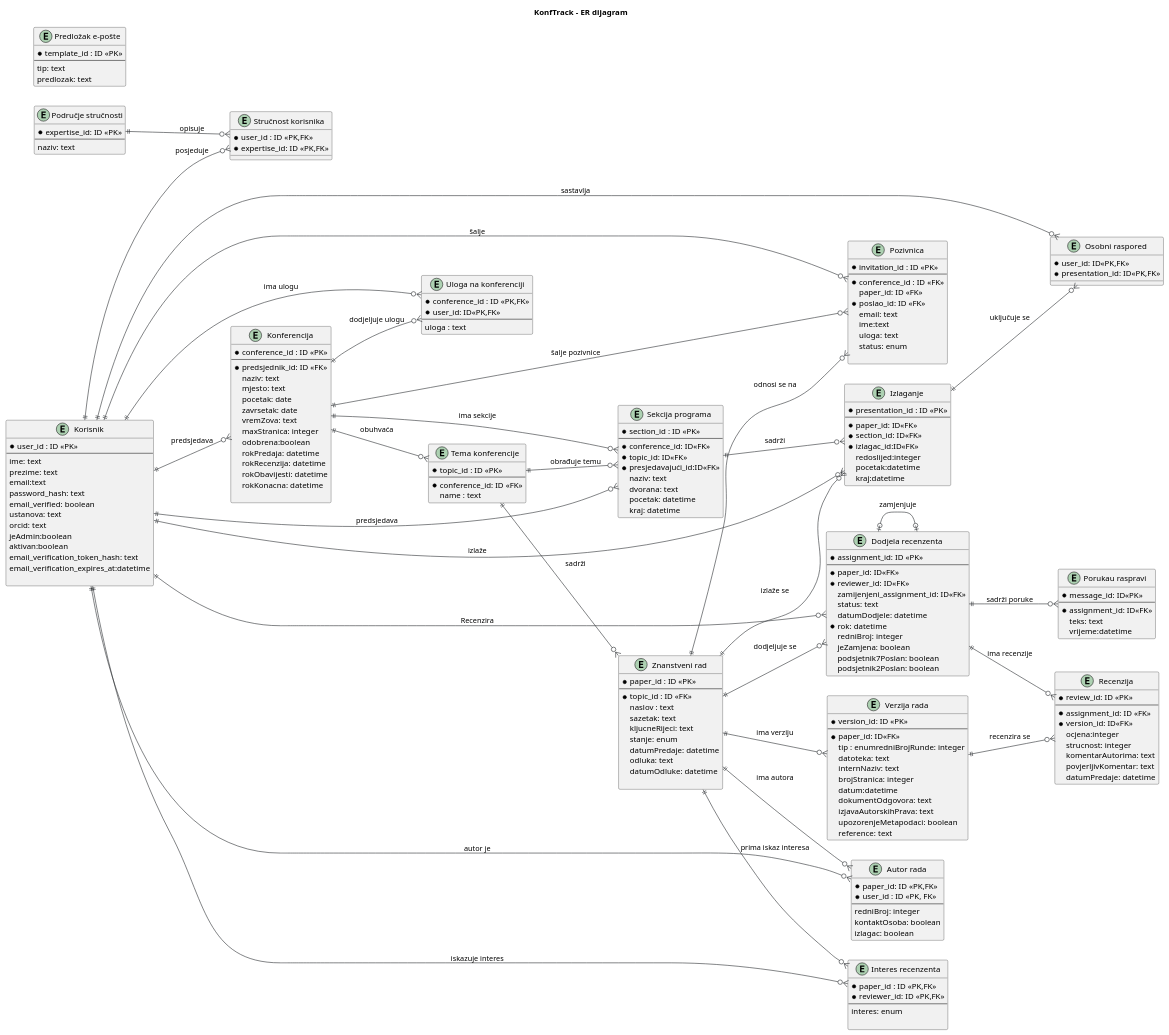
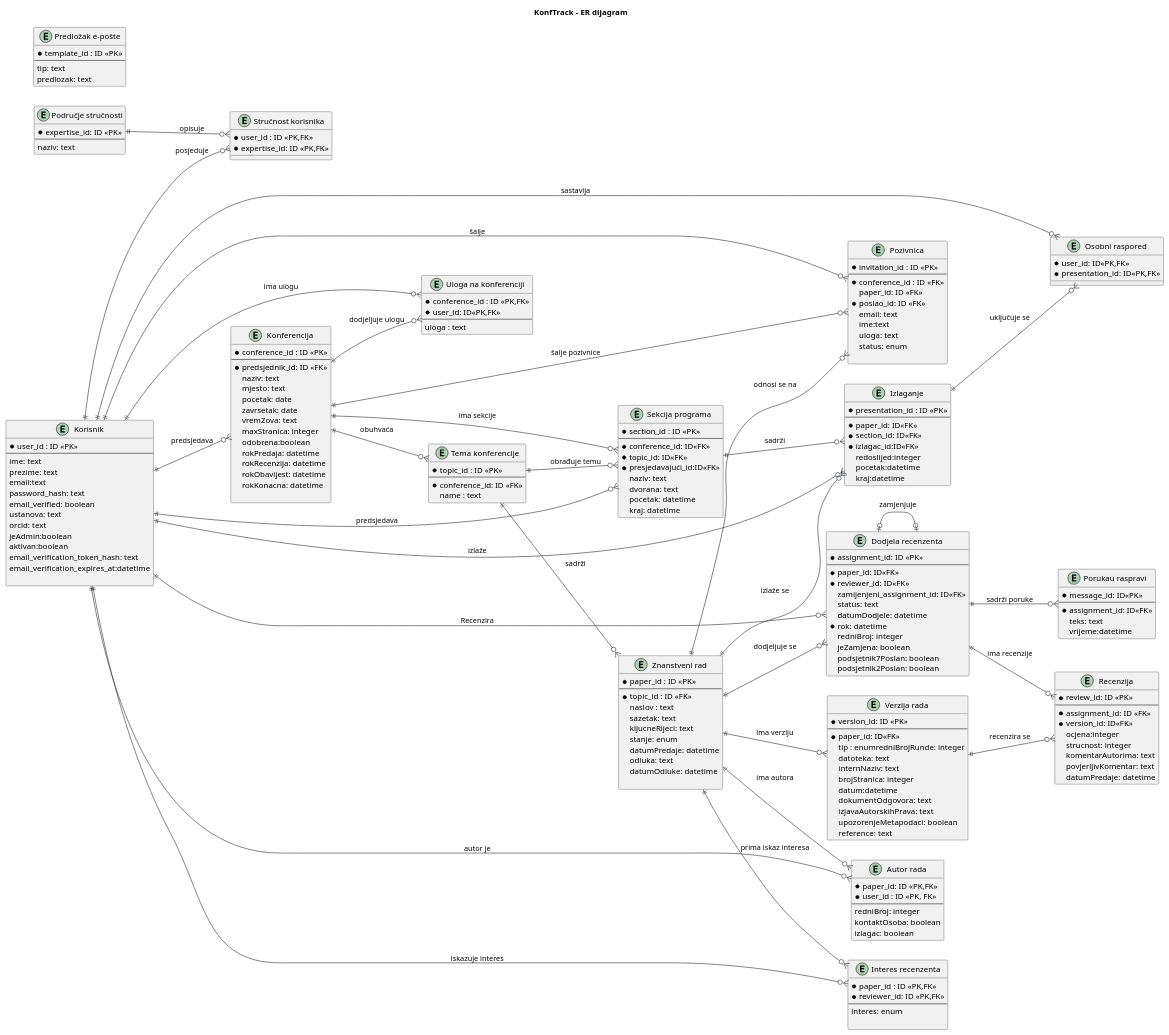
The diagram in docs/puml/4-2-konftrack-data-ERD.puml (MatejCuric/KonfTrack-Grupa-12.1), drawn with PlantUML before and after one commit. The commit also changed 4 other files, not shown here.

Commit message:
Ažurirana dokumentacija 4.3.: ER dijagram i dijagram razreda

```diff
--- a/docs/puml/4-2-konftrack-data-ERD.puml
+++ b/docs/puml/4-2-konftrack-data-ERD.puml
@@ -79,7 +79,7 @@
     odobrena:boolean
     rokPredaja: datetime
     rokRecenzija: datetime
-    rokObavijesti: datetime
+    rokObavijest: datetime
     rokKonacna: datetime
 
 }
```
